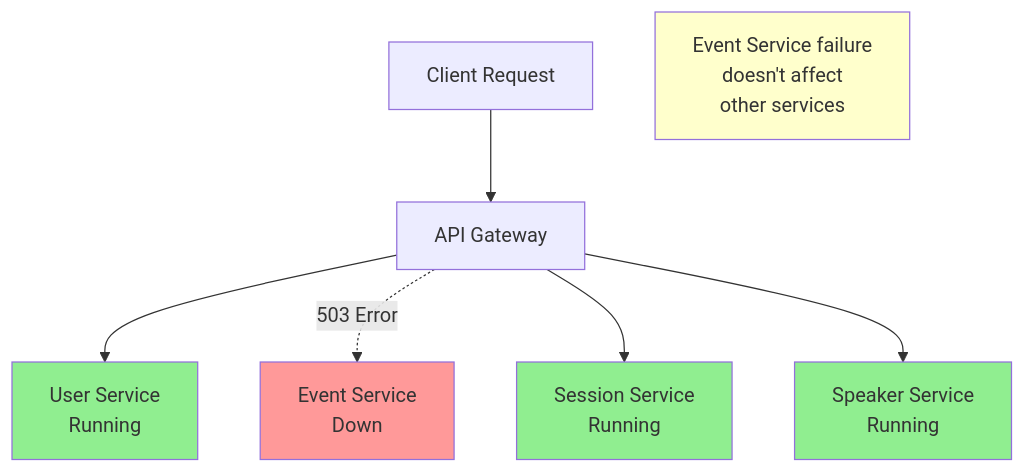
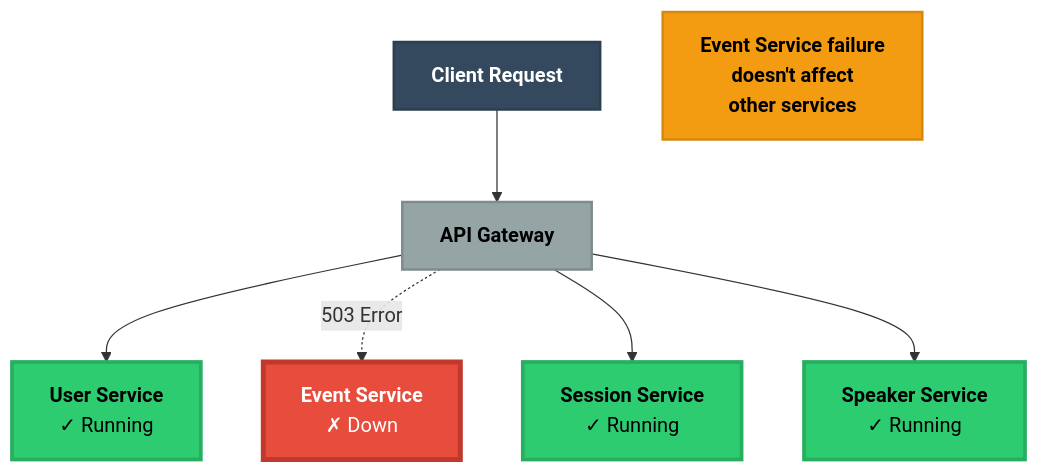
The ninth of 9 diagrams in diagrams/microservices-architecture.md (martimmpr/epicjunior-backend-db-course), drawn with Mermaid before and after one commit. The commit also changed other lines of this file and 3 other files, not shown here.

Commit message:
docs: Improved Diagrams Readability.

````diff
--- a/diagrams/microservices-architecture.md
+++ b/diagrams/microservices-architecture.md
@@ -334,24 +358,26 @@
 ```mermaid
 graph TB
-    C[Client Request]
-    GW[API Gateway]
+    C["<b>Client Request</b>"]
+    GW["<b>API Gateway</b>"]
     
-    US[User Service<br/> Running]
-    ES[Event Service<br/> Down]
-    SS[Session Service<br/> Running]
-    SpS[Speaker Service<br/> Running]
+    US["<b>User Service</b><br/>✓ Running"]
+    ES["<b>Event Service</b><br/>✗ Down"]
+    SS["<b>Session Service</b><br/>✓ Running"]
+    SpS["<b>Speaker Service</b><br/>✓ Running"]
     
     C --> GW
     GW --> US
     GW -.->|503 Error| ES
     GW --> SS
     GW --> SpS
     
-    Note[Event Service failure<br/>doesn't affect<br/>other services]
+    Note["<b>Event Service failure<br/>doesn't affect<br/>other services</b>"]
     
-    style ES fill:#ff9999
-    style US fill:#90EE90
-    style SS fill:#90EE90
-    style SpS fill:#90EE90
-    style Note fill:#FFFFCC
+    style ES fill:#e74c3c,stroke:#c0392b,stroke-width:4px,color:#fff
+    style US fill:#2ecc71,stroke:#27ae60,stroke-width:3px,color:#000
+    style SS fill:#2ecc71,stroke:#27ae60,stroke-width:3px,color:#000
+    style SpS fill:#2ecc71,stroke:#27ae60,stroke-width:3px,color:#000
+    style Note fill:#f39c12,stroke:#d68910,stroke-width:2px,color:#000
+    style GW fill:#95a5a6,stroke:#7f8c8d,stroke-width:2px,color:#000
+    style C fill:#34495e,stroke:#2c3e50,stroke-width:2px,color:#fff
 ```
````
